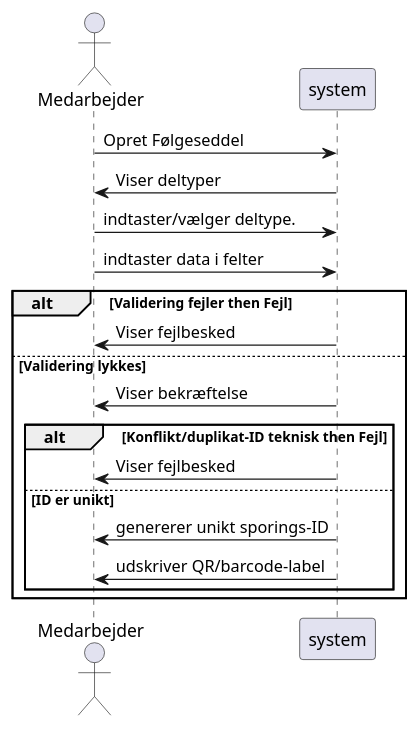
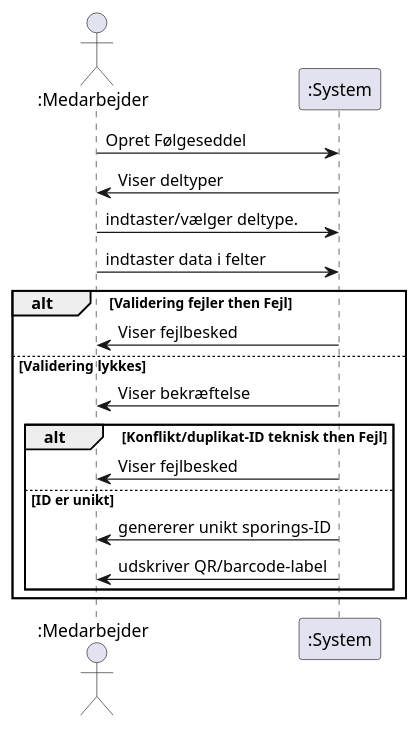
One commit to marsbo04/budweg changed the diagram in uml_artifacts/uc1_ssd.puml. Above: the diagram before and after it, drawn with PlantUML.

Commit message:
Update actor and participant notation in SSD diagram

```diff
--- a/uml_artifacts/uc1_ssd.puml
+++ b/uml_artifacts/uc1_ssd.puml
@@ -1,20 +1,20 @@
 @startuml SSD
-actor "Medarbejder" as Medarbejder
-participant "system" as System
+actor ":Medarbejder" as Medarbejder
+participant ":System" as System
 
 Medarbejder -> System: Opret Følgeseddel
 System -> Medarbejder: Viser deltyper
 Medarbejder -> System: indtaster/vælger deltype.
 Medarbejder -> System: indtaster data i felter
 alt Validering fejler then Fejl
     System -> Medarbejder: Viser fejlbesked
 else Validering lykkes
     System -> Medarbejder: Viser bekræftelse
     alt Konflikt/duplikat-ID teknisk then Fejl
         System -> Medarbejder: Viser fejlbesked
     else ID er unikt
     System -> Medarbejder: genererer unikt sporings-ID
     System -> Medarbejder:  udskriver QR/barcode-label
     end
 end
 @enduml
```
